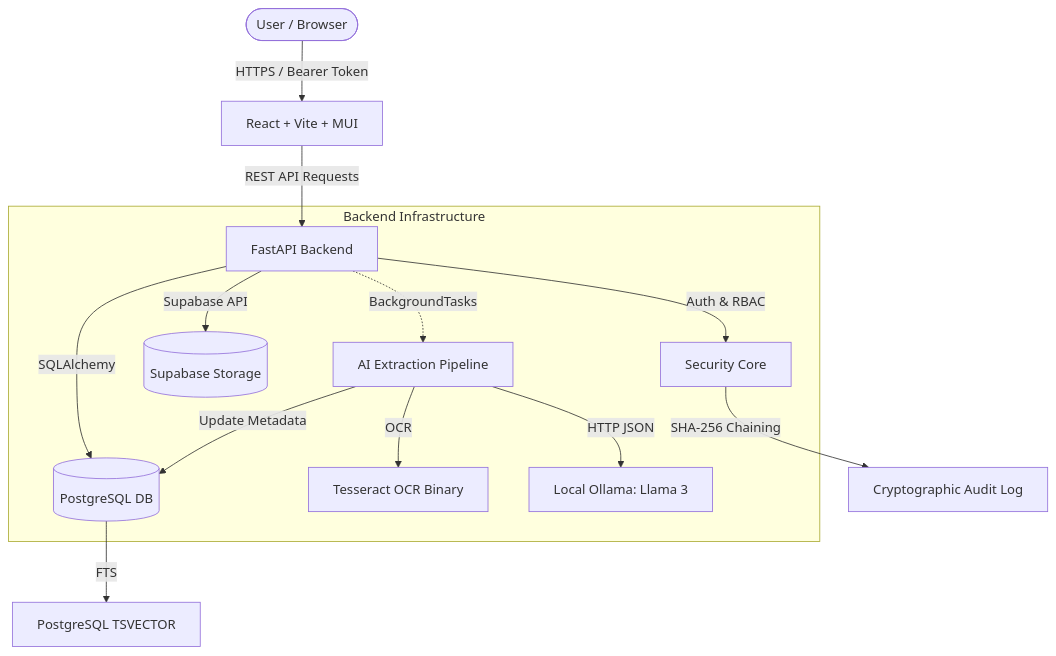
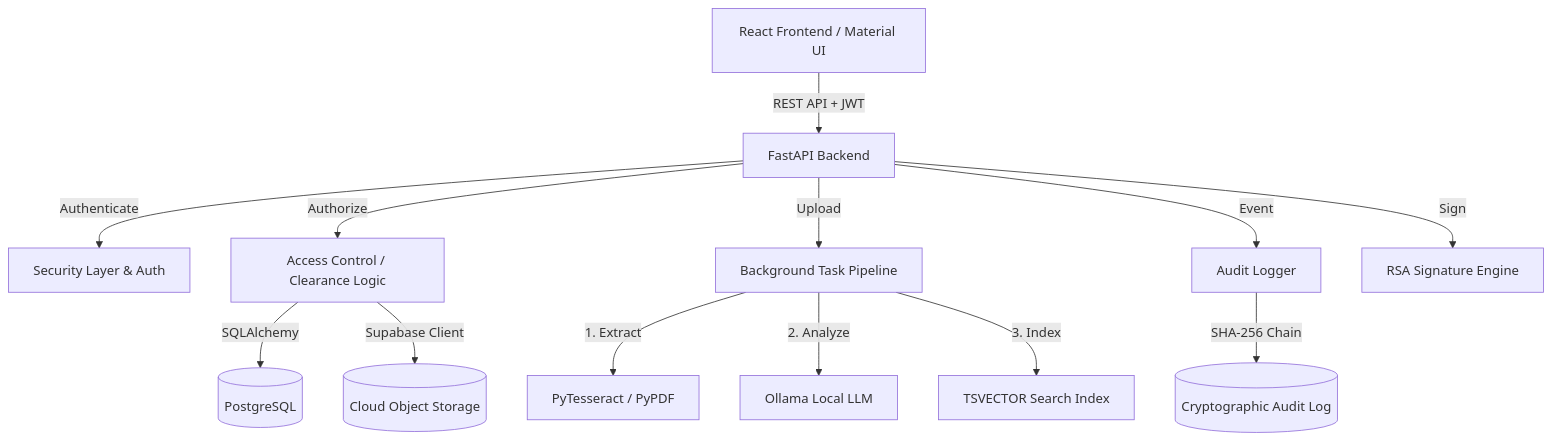
Before and after one commit to Prabhanshu2025B0384/SDMS: the diagram in README.md, drawn with Mermaid. The commit also changed other lines of this file and 9 other files, not shown here.

````diff
--- a/README.md
+++ b/README.md
@@ -142,19 +539,22 @@
 ```mermaid
 graph TD
-    Browser([User / Browser]) -->|HTTPS / Bearer Token| Frontend[React + Vite + MUI]
-    Frontend -->|REST API Requests| Backend[FastAPI Backend]
+    UI[React Frontend / Material UI] -->|REST API + JWT| API[FastAPI Backend]
     
-    subgraph Backend Infrastructure
-        Backend -->|Auth & RBAC| AuthSecurity[Security Core]
-        Backend -->|SQLAlchemy| Database[(PostgreSQL DB)]
-        Backend -->|Supabase API| ObjectStorage[(Supabase Storage)]
-        
-        Backend -.->|BackgroundTasks| Extractor[AI Extraction Pipeline]
-        Extractor -->|OCR| Tesseract[Tesseract OCR Binary]
-        Extractor -->|HTTP JSON| Ollama[Local Ollama: Llama 3]
-        Extractor -->|Update Metadata| Database
-    end
+    API -->|Authenticate| Auth[Security Layer & Auth]
+    API -->|Authorize| RBAC[Access Control / Clearance Logic]
     
-    Database -->|FTS| SearchEngine[PostgreSQL TSVECTOR]
-    AuthSecurity -->|SHA-256 Chaining| AuditLog[Cryptographic Audit Log]
+    RBAC -->|SQLAlchemy| DB[(PostgreSQL)]
+    RBAC -->|Supabase Client| Storage[(Cloud Object Storage)]
+    
+    %% Processing Pipeline
+    API -->|Upload| Pipeline[Background Task Pipeline]
+    Pipeline -->|1. Extract| OCR[PyTesseract / PyPDF]
+    Pipeline -->|2. Analyze| AI[Ollama Local LLM]
+    Pipeline -->|3. Index| TSV[TSVECTOR Search Index]
+    
+    %% Security & Auditing
+    API -->|Event| Audit[Audit Logger]
+    Audit -->|SHA-256 Chain| Ledger[(Cryptographic Audit Log)]
+    
+    API -->|Sign| Crypto[RSA Signature Engine]
 ```
````
